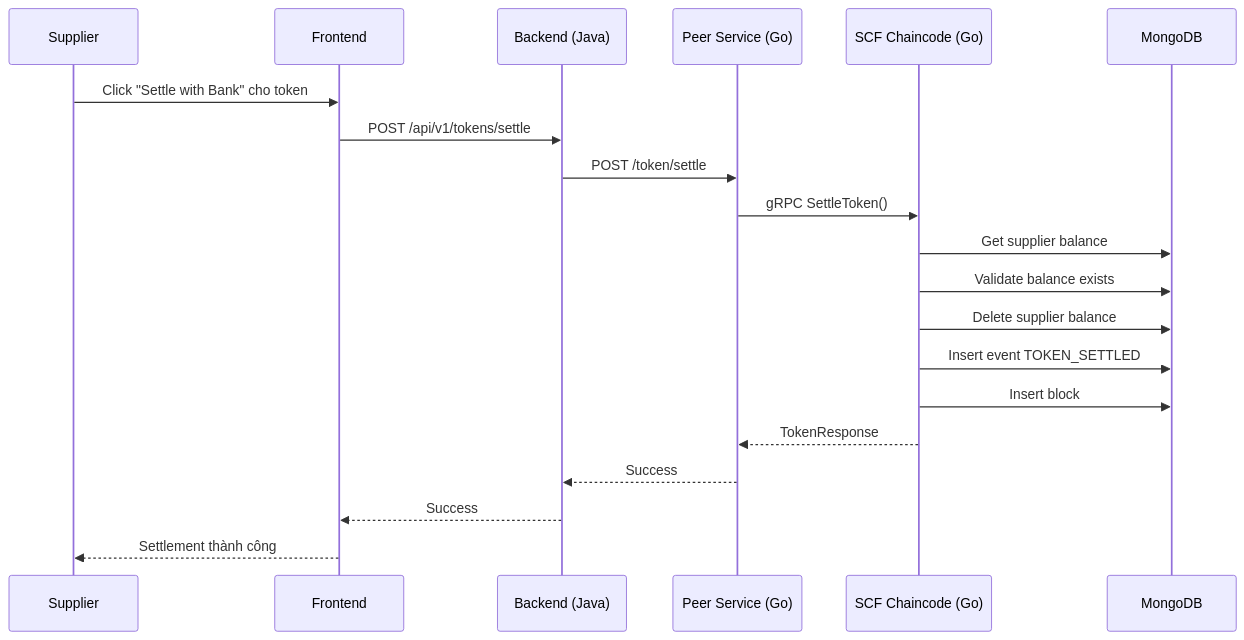
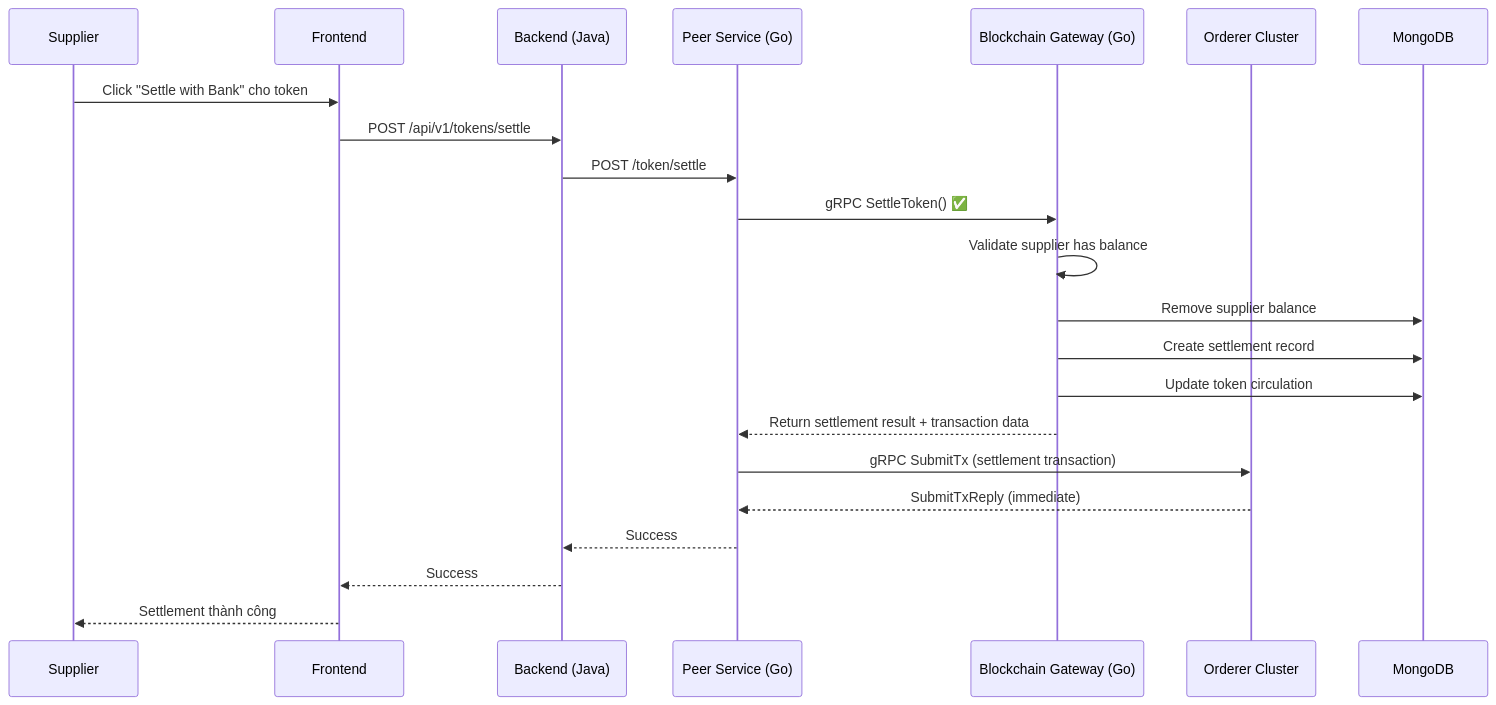
Before and after one commit to trunghc97/blockchain: the eighth of 25 diagrams in System_Design_Document.md, drawn with Mermaid. The commit also changed other lines of this file and 1 other file, not shown here.

Commit message:
change to peer

````diff
--- a/System_Design_Document.md
+++ b/System_Design_Document.md
@@ -729,23 +1155,25 @@
 ```mermaid
 sequenceDiagram
     participant S as Supplier
     participant FE as Frontend
     participant BE as Backend (Java)
     participant PEER as Peer Service (Go)
-    participant CHAIN as SCF Chaincode (Go)
+    participant GATEWAY as Blockchain Gateway (Go)
+    participant ORDERER as Orderer Cluster
     participant DB as MongoDB
 
     S->>FE: Click "Settle with Bank" cho token
     FE->>BE: POST /api/v1/tokens/settle
     BE->>PEER: POST /token/settle
-    PEER->>CHAIN: gRPC SettleToken()
-    CHAIN->>DB: Get supplier balance
-    CHAIN->>DB: Validate balance exists
-    CHAIN->>DB: Delete supplier balance
-    CHAIN->>DB: Insert event TOKEN_SETTLED
-    CHAIN->>DB: Insert block
-    CHAIN-->>PEER: TokenResponse
+    PEER->>GATEWAY: gRPC SettleToken() ✅
+    GATEWAY->>GATEWAY: Validate supplier has balance
+    GATEWAY->>DB: Remove supplier balance
+    GATEWAY->>DB: Create settlement record
+    GATEWAY->>DB: Update token circulation
+    GATEWAY-->>PEER: Return settlement result + transaction data
+    PEER->>ORDERER: gRPC SubmitTx (settlement transaction)
+    ORDERER-->>PEER: SubmitTxReply (immediate)
     PEER-->>BE: Success
     BE-->>FE: Success
     FE-->>S: Settlement thành công
 ```
````
